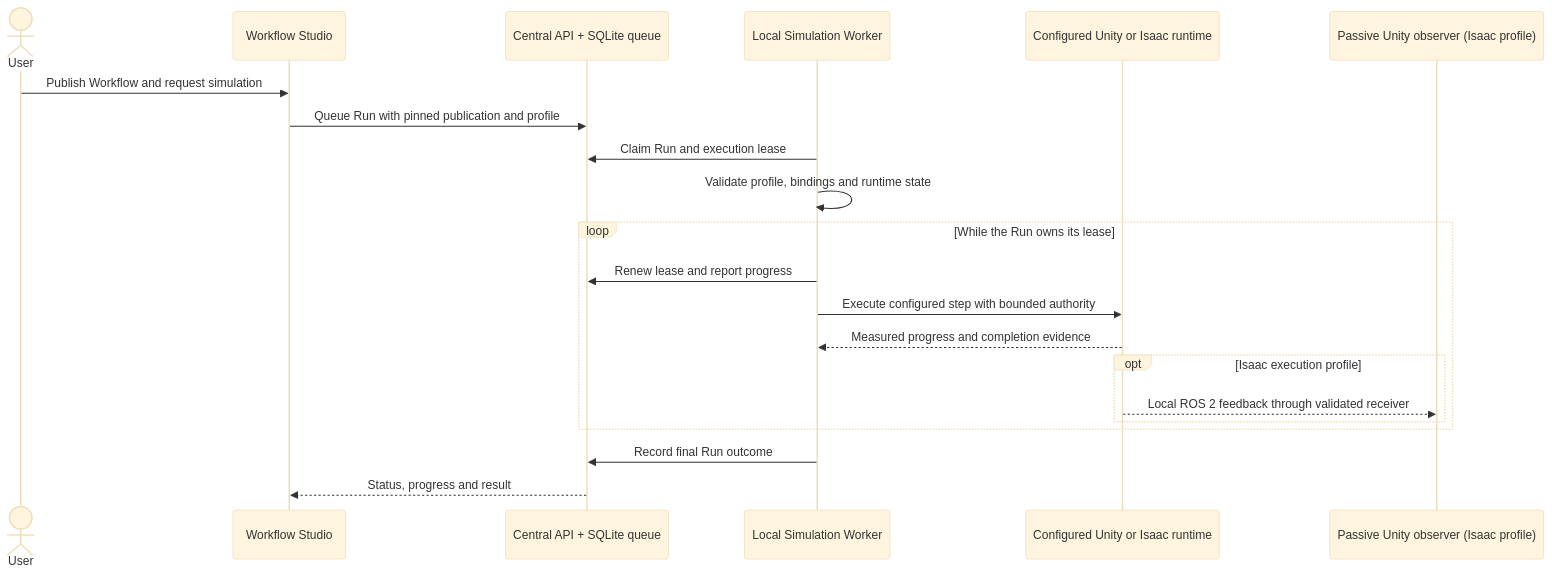
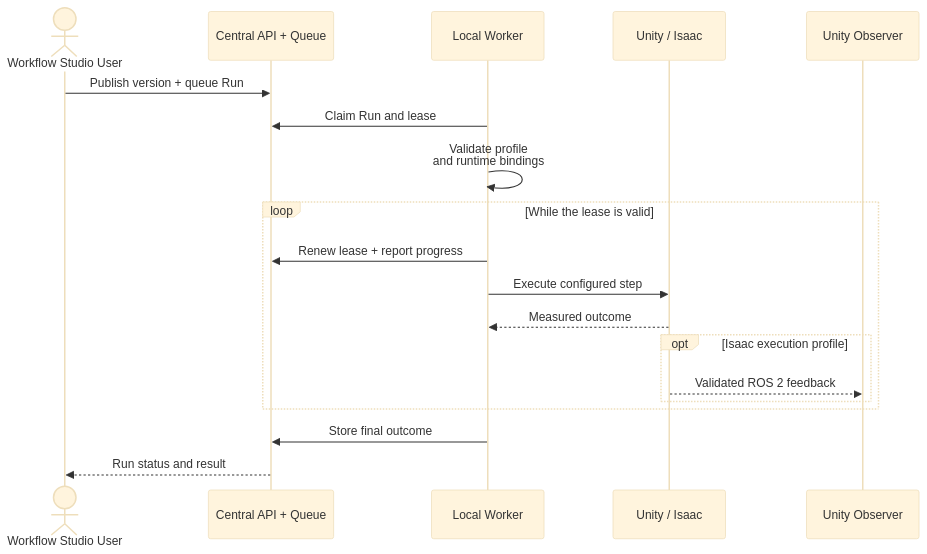
The second of 2 diagrams in docs/ARCHITECTURE.md (acdonge/sang-robot-operations), drawn with Mermaid (base theme) before and after one commit. The commit also changed other lines of this file, not shown here.

Commit message:
docs: improve sequence diagram readability

````diff
--- a/docs/ARCHITECTURE.md
+++ b/docs/ARCHITECTURE.md
@@ -107,23 +103,21 @@
 ```mermaid
 sequenceDiagram
-    actor User
-    participant UI as Workflow Studio
-    participant API as Central API + SQLite queue
-    participant Worker as Local Simulation Worker
-    participant Sim as Configured Unity or Isaac runtime
-    participant View as Passive Unity observer (Isaac profile)
-    User->>UI: Publish Workflow and request simulation
-    UI->>API: Queue Run with pinned publication and profile
-    Worker->>API: Claim Run and execution lease
-    Worker->>Worker: Validate profile, bindings and runtime state
-    loop While the Run owns its lease
-        Worker->>API: Renew lease and report progress
-        Worker->>Sim: Execute configured step with bounded authority
-        Sim-->>Worker: Measured progress and completion evidence
+    actor User as Workflow Studio User
+    participant API as Central API + Queue
+    participant Worker as Local Worker
+    participant Sim as Unity / Isaac
+    participant View as Unity Observer
+    User->>API: Publish version + queue Run
+    Worker->>API: Claim Run and lease
+    Worker->>Worker: Validate profile<br/>and runtime bindings
+    loop While the lease is valid
+        Worker->>API: Renew lease + report progress
+        Worker->>Sim: Execute configured step
+        Sim-->>Worker: Measured outcome
         opt Isaac execution profile
-            Sim-->>View: Local ROS 2 feedback through validated receiver
+            Sim-->>View: Validated ROS 2 feedback
         end
     end
-    Worker->>API: Record final Run outcome
-    API-->>UI: Status, progress and result
+    Worker->>API: Store final outcome
+    API-->>User: Run status and result
 ```
````
